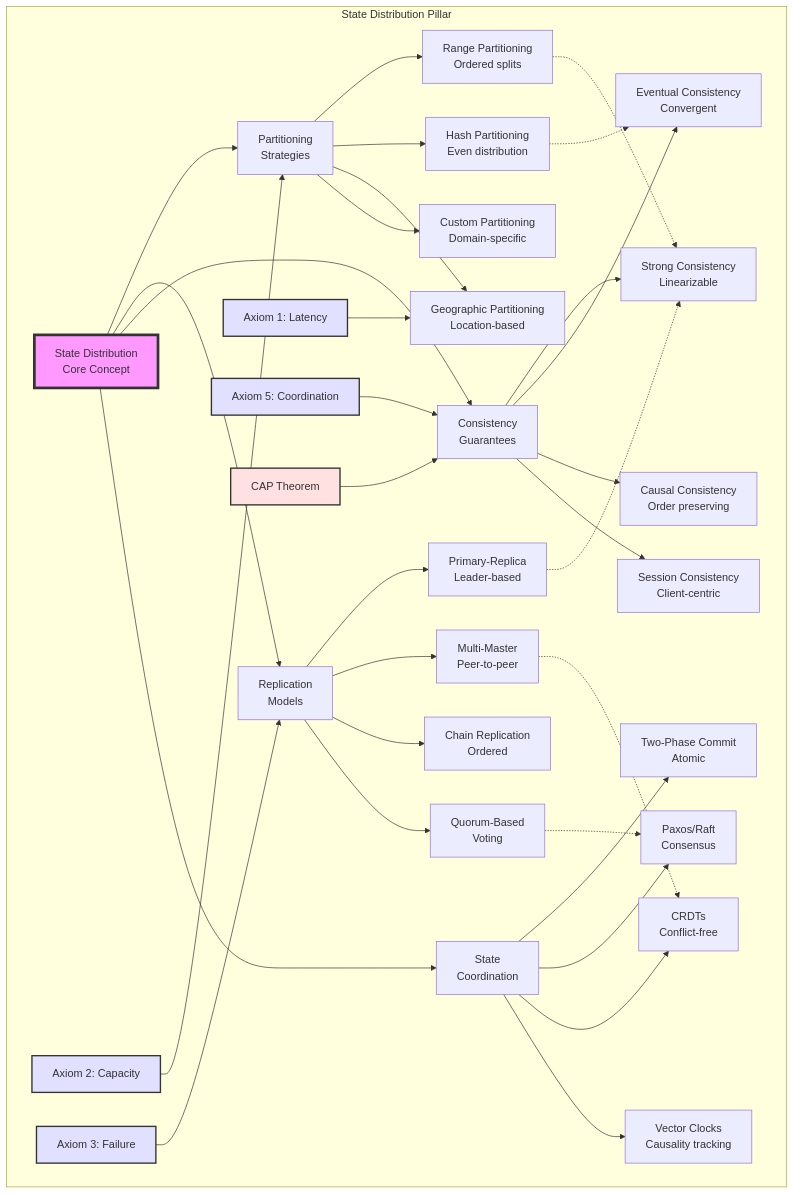
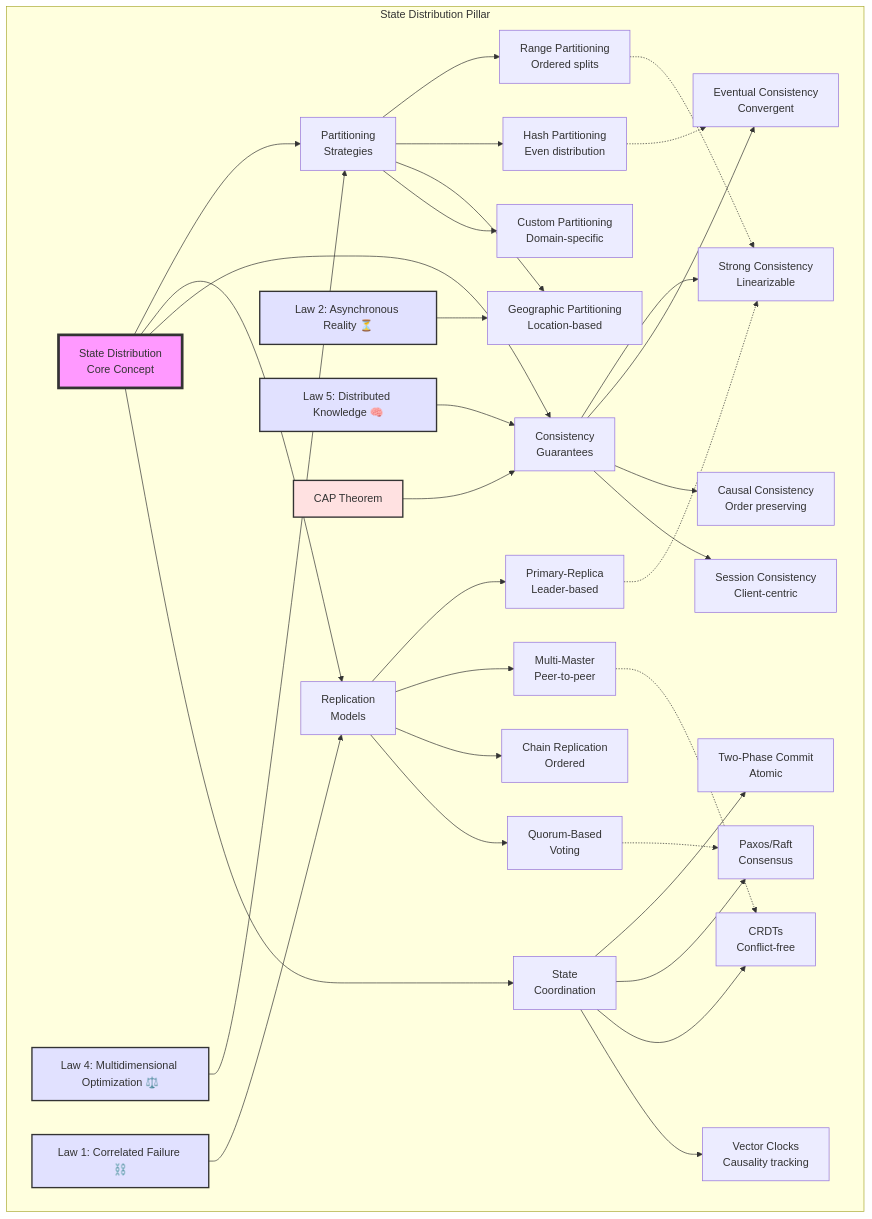
One commit to deepaucksharma/DStudio changed the second of 42 diagrams in docs/part2-pillars/state/index.md. Above: the diagram before and after it, drawn with Mermaid. The commit also changed other lines of this file and 103 other files, not shown here.

````diff
--- a/docs/part2-pillars/state/index.md
+++ b/docs/part2-pillars/state/index.md
@@ -105,56 +105,56 @@
 ```mermaid
 graph TB
     subgraph "State Distribution Pillar"
         Core[State Distribution<br/>Core Concept]
 
         Core --> Partition[Partitioning<br/>Strategies]
         Core --> Replication[Replication<br/>Models]
         Core --> Consistency[Consistency<br/>Guarantees]
         Core --> Coordination[State<br/>Coordination]
 
         %% Partitioning branch
         Partition --> Range[Range Partitioning<br/>Ordered splits]
         Partition --> Hash[Hash Partitioning<br/>Even distribution]
         Partition --> Geo[Geographic Partitioning<br/>Location-based]
         Partition --> Custom[Custom Partitioning<br/>Domain-specific]
 
         %% Replication branch
         Replication --> Primary[Primary-Replica<br/>Leader-based]
         Replication --> MultiMaster[Multi-Master<br/>Peer-to-peer]
         Replication --> Chain[Chain Replication<br/>Ordered]
         Replication --> Quorum[Quorum-Based<br/>Voting]
 
         %% Consistency branch
         Consistency --> Strong[Strong Consistency<br/>Linearizable]
         Consistency --> Eventual[Eventual Consistency<br/>Convergent]
         Consistency --> Causal[Causal Consistency<br/>Order preserving]
         Consistency --> Session[Session Consistency<br/>Client-centric]
 
         %% Coordination branch
         Coordination --> 2PC[Two-Phase Commit<br/>Atomic]
         Coordination --> Paxos[Paxos/Raft<br/>Consensus]
         Coordination --> CRDT[CRDTs<br/>Conflict-free]
         Coordination --> Vector[Vector Clocks<br/>Causality tracking]
 
         %% Key relationships
         Hash -.-> Eventual
         Range -.-> Strong
         Primary -.-> Strong
         MultiMaster -.-> CRDT
         Quorum -.-> Paxos
 
-        %% Axiom connections
-        Axiom1[Axiom 1: Latency] --> Geo
-        Axiom2[Axiom 2: Capacity] --> Partition
-        Axiom3[Axiom 3: Failure] --> Replication
-        Axiom5[Axiom 5: Coordination] --> Consistency
+        %% Law connections
+        Law2[Law 2: Asynchronous Reality ⏳] --> Geo
+        Law4[Law 4: Multidimensional Optimization ⚖️] --> Partition
+        Law1[Law 1: Correlated Failure ⛓️] --> Replication
+        Law5[Law 5: Distributed Knowledge 🧠] --> Consistency
         CAP[CAP Theorem] --> Consistency
     end
 
     style Core fill:#f9f,stroke:#333,stroke-width:4px
-    style Axiom1 fill:#e1e1ff,stroke:#333,stroke-width:2px
-    style Axiom2 fill:#e1e1ff,stroke:#333,stroke-width:2px
-    style Axiom3 fill:#e1e1ff,stroke:#333,stroke-width:2px
-    style Axiom5 fill:#e1e1ff,stroke:#333,stroke-width:2px
+    style Law2 fill:#e1e1ff,stroke:#333,stroke-width:2px
+    style Law4 fill:#e1e1ff,stroke:#333,stroke-width:2px
+    style Law1 fill:#e1e1ff,stroke:#333,stroke-width:2px
+    style Law5 fill:#e1e1ff,stroke:#333,stroke-width:2px
     style CAP fill:#ffe1e1,stroke:#333,stroke-width:2px
 ```
````
